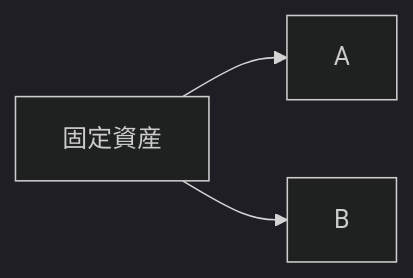
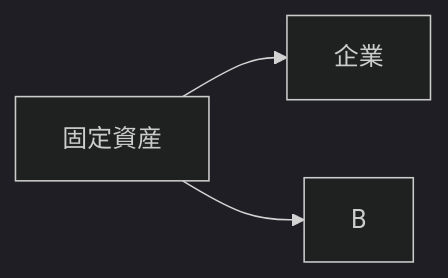
Before and after one commit to bebetakumi/mermaid: the diagram in 固定資産/固定資産の分類.md, drawn with Mermaid (dark theme).

````diff
--- a/固定資産/固定資産の分類.md
+++ b/固定資産/固定資産の分類.md
@@ -7,7 +7,7 @@
 ```mermaid
 graph LR
 
-固定資産 --> A
+固定資産 --> 企業
 固定資産 --> B
 
 ```
````
